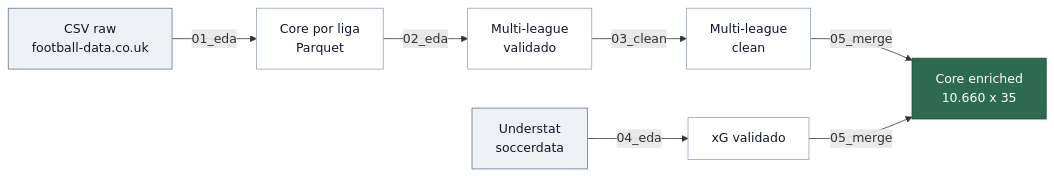
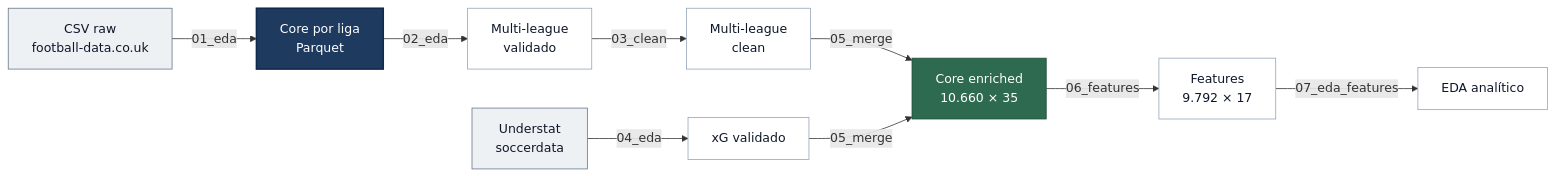
Before and after one commit to jorgepais02/PitchLens: the first of 2 diagrams in docs/01_eda_por_liga.md, drawn with Mermaid. The commit also changed other lines of this file and 18 other files, not shown here.

````diff
--- a/docs/01_eda_por_liga.md
+++ b/docs/01_eda_por_liga.md
@@ -13,16 +19,20 @@
 ```mermaid
 graph LR
     classDef src fill:#eef1f4,stroke:#64748b,color:#0f172a,stroke-width:1px
     classDef step fill:#ffffff,stroke:#94a3b8,color:#0f172a,stroke-width:1px
     classDef out fill:#2d6a4f,stroke:#1f4d39,color:#ffffff,stroke-width:1px
+    classDef active fill:#1e3a5f,stroke:#0f2a4a,color:#ffffff,stroke-width:2px
 
     A[CSV raw<br/>football-data.co.uk] -->|01_eda| B[Core por liga<br/>Parquet]
     B -->|02_eda| C[Multi-league<br/>validado]
     C -->|03_clean| D[Multi-league<br/>clean]
     E[Understat<br/>soccerdata] -->|04_eda| F[xG validado]
-    D & F -->|05_merge| G[Core enriched<br/>10.660 x 35]
+    D & F -->|05_merge| G[Core enriched<br/>10.660 × 35]
+    G -->|06_features| H[Features<br/>9.792 × 17]
+    H -->|07_eda_features| I[EDA analítico]
 
     class A,E src
-    class B,C,D,F step
+    class B active
+    class C,D,F,H,I step
     class G out
 ```
````
